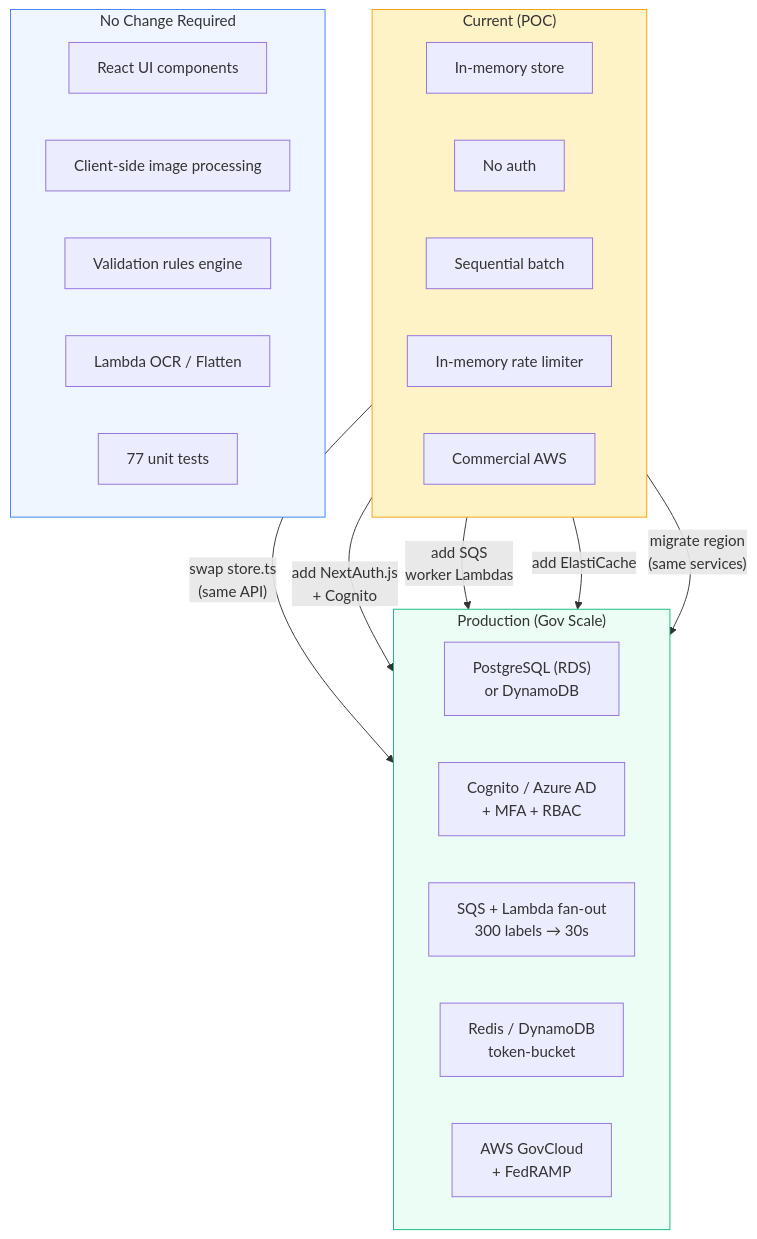
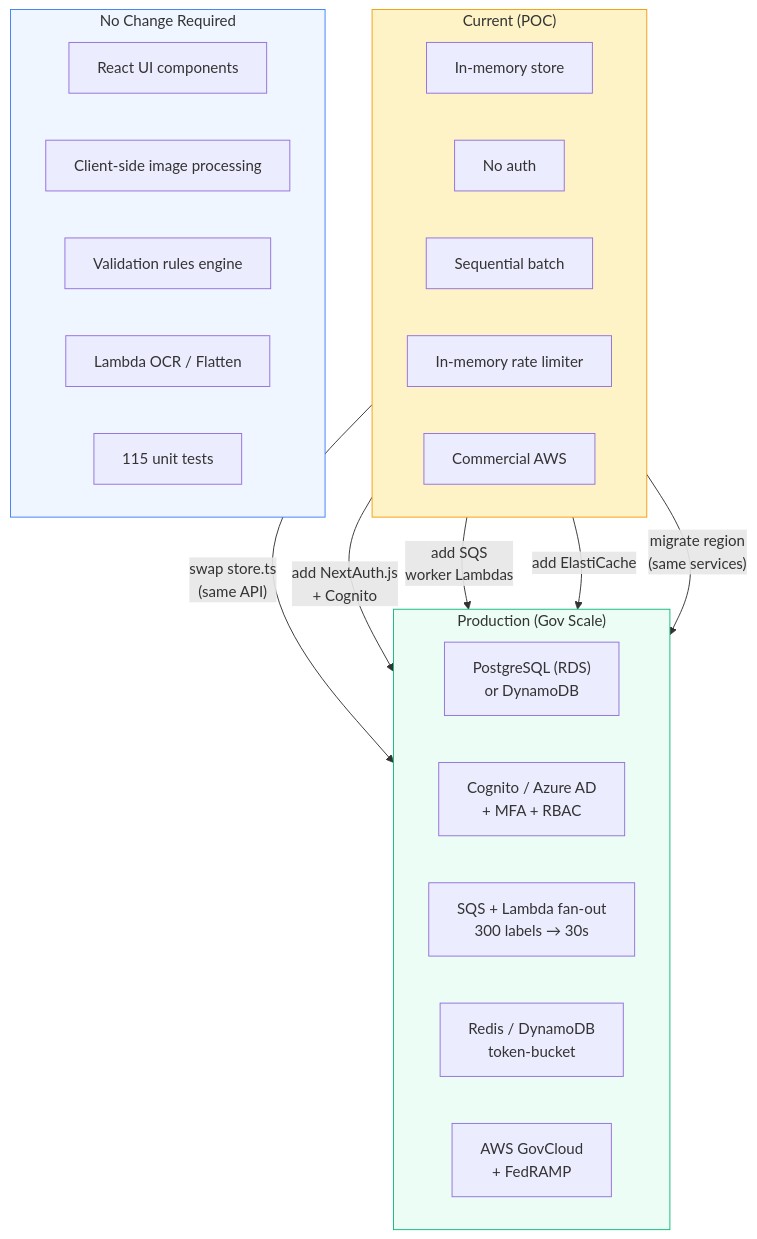
Before and after one commit to andyagtech/ttb-label-validator: the fourth of 4 diagrams in README.md, drawn with Mermaid. The commit also changed other lines of this file and 3 other files, not shown here.

````diff
--- a/README.md
+++ b/README.md
@@ -328,38 +417,38 @@
 ```mermaid
 flowchart TB
     subgraph Current["Current (POC)"]
         direction LR
         C1["In-memory store"]
         C2["No auth"]
         C3["Sequential batch"]
         C4["In-memory rate limiter"]
         C5["Commercial AWS"]
     end
 
     subgraph Production["Production (Gov Scale)"]
         direction LR
         P1["PostgreSQL (RDS)\nor DynamoDB"]
         P2["Cognito / Azure AD\n+ MFA + RBAC"]
         P3["SQS + Lambda fan-out\n300 labels → 30s"]
         P4["Redis / DynamoDB\ntoken-bucket"]
         P5["AWS GovCloud\n+ FedRAMP"]
     end
 
     C1 -- "swap store.ts\n(same API)" --> P1
     C2 -- "add NextAuth.js\n+ Cognito" --> P2
     C3 -- "add SQS\nworker Lambdas" --> P3
     C4 -- "add ElastiCache" --> P4
     C5 -- "migrate region\n(same services)" --> P5
 
     subgraph Unchanged["No Change Required"]
         U1["React UI components"]
         U2["Client-side image processing"]
         U3["Validation rules engine"]
         U4["Lambda OCR / Flatten"]
-        U5["77 unit tests"]
+        U5["115 unit tests"]
     end
 
     style Current fill:#fef3c7,stroke:#f59e0b
     style Production fill:#ecfdf5,stroke:#10b981
     style Unchanged fill:#eff6ff,stroke:#3b82f6
 ```
````
